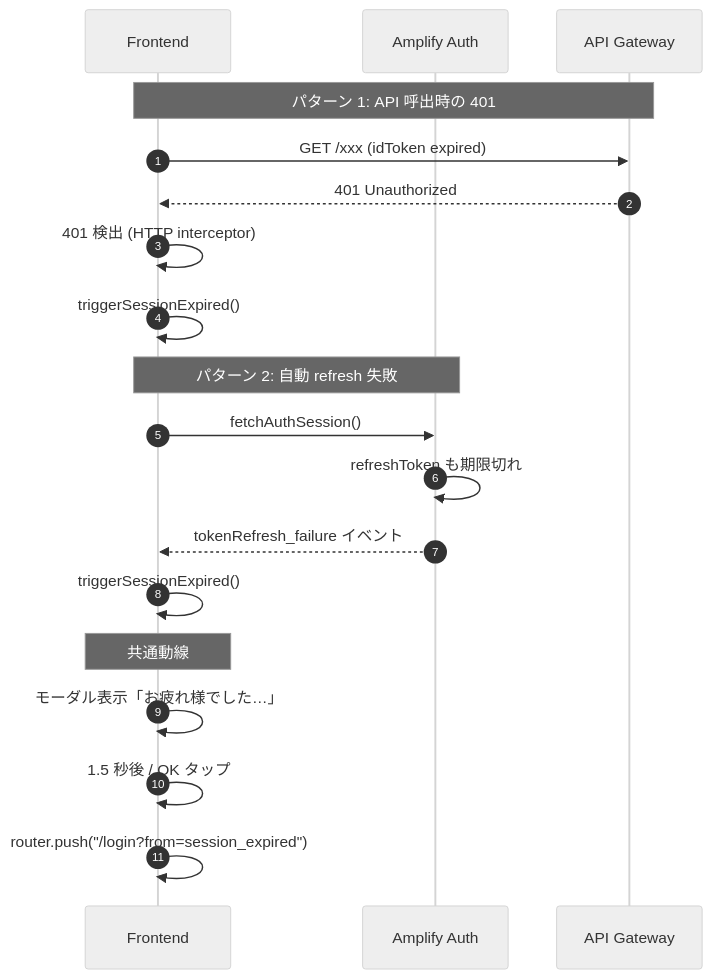
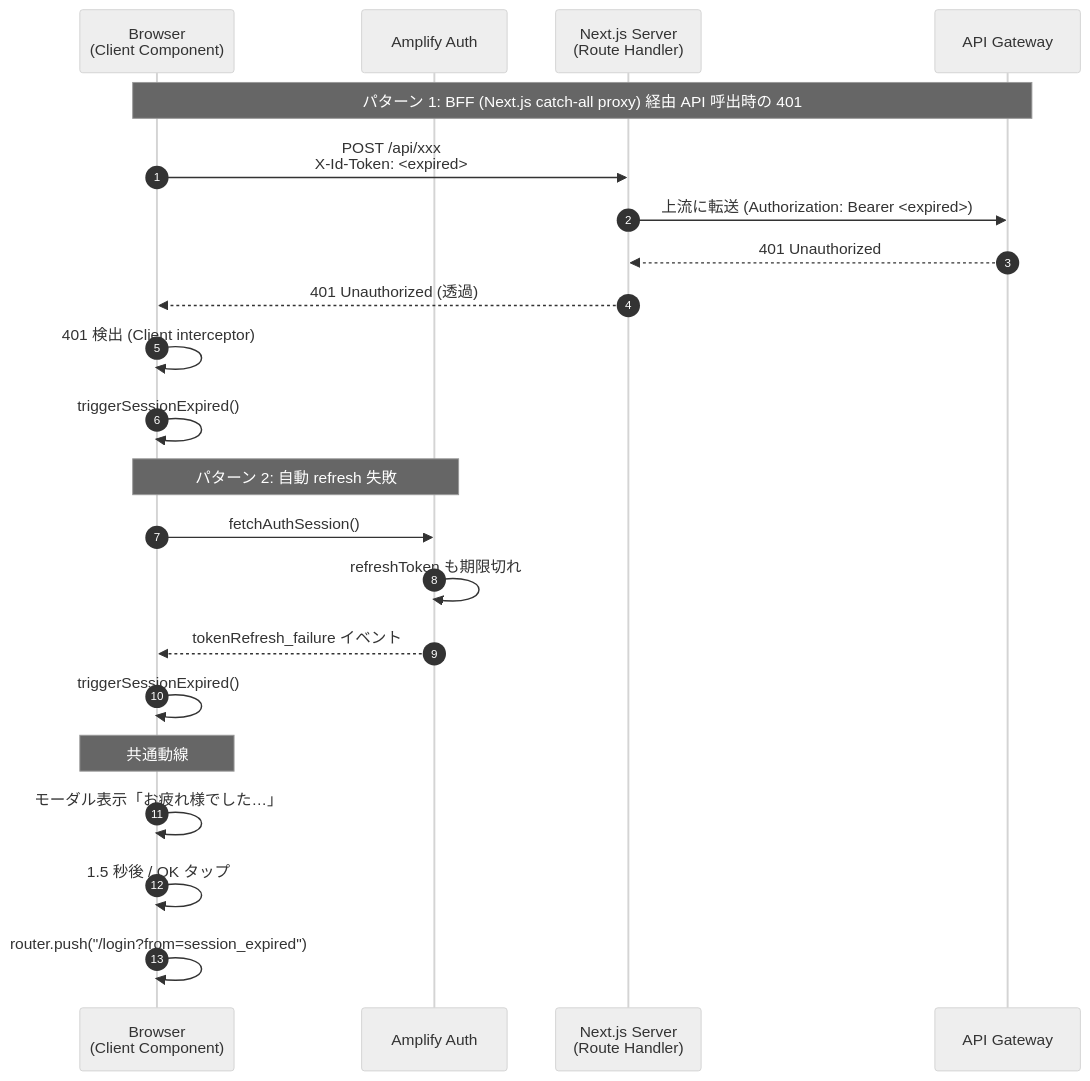
Before and after one commit to ryotinjpn/goro2pay: the fifth of 6 diagrams in aidlc-docs/construction/auth/functional-design/business-logic-model.md, drawn with Mermaid (neutral theme). The commit also changed other lines of this file and 2 other files, not shown here.

First line of the commit message:
👍 Functional Design (Unit A) を BFF パターン採用に整合

````diff
--- a/aidlc-docs/construction/auth/functional-design/business-logic-model.md
+++ b/aidlc-docs/construction/auth/functional-design/business-logic-model.md
@@ -314,26 +372,29 @@
 ```mermaid
 sequenceDiagram
     autonumber
-    participant UI as Frontend
+    participant UI as Browser<br/>(Client Component)
     participant Auth as Amplify Auth
+    participant NextSrv as Next.js Server<br/>(Route Handler)
     participant APIGW as API Gateway
 
-    Note over UI,APIGW: パターン 1: API 呼出時の 401
+    Note over UI,APIGW: パターン 1: BFF (Next.js catch-all proxy) 経由 API 呼出時の 401
 
-    UI->>APIGW: GET /xxx (idToken expired)
-    APIGW-->>UI: 401 Unauthorized
-    UI->>UI: 401 検出 (HTTP interceptor)
+    UI->>NextSrv: POST /api/xxx<br/>X-Id-Token: <expired>
+    NextSrv->>APIGW: 上流に転送 (Authorization: Bearer <expired>)
+    APIGW-->>NextSrv: 401 Unauthorized
+    NextSrv-->>UI: 401 Unauthorized (透過)
+    UI->>UI: 401 検出 (Client interceptor)
     UI->>UI: triggerSessionExpired()
 
     Note over UI,Auth: パターン 2: 自動 refresh 失敗
 
     UI->>Auth: fetchAuthSession()
     Auth->>Auth: refreshToken も期限切れ
     Auth-->>UI: tokenRefresh_failure イベント
     UI->>UI: triggerSessionExpired()
 
     Note over UI: 共通動線
     UI->>UI: モーダル表示「お疲れ様でした…」
     UI->>UI: 1.5 秒後 / OK タップ
     UI->>UI: router.push("/login?from=session_expired")
 ```
````
